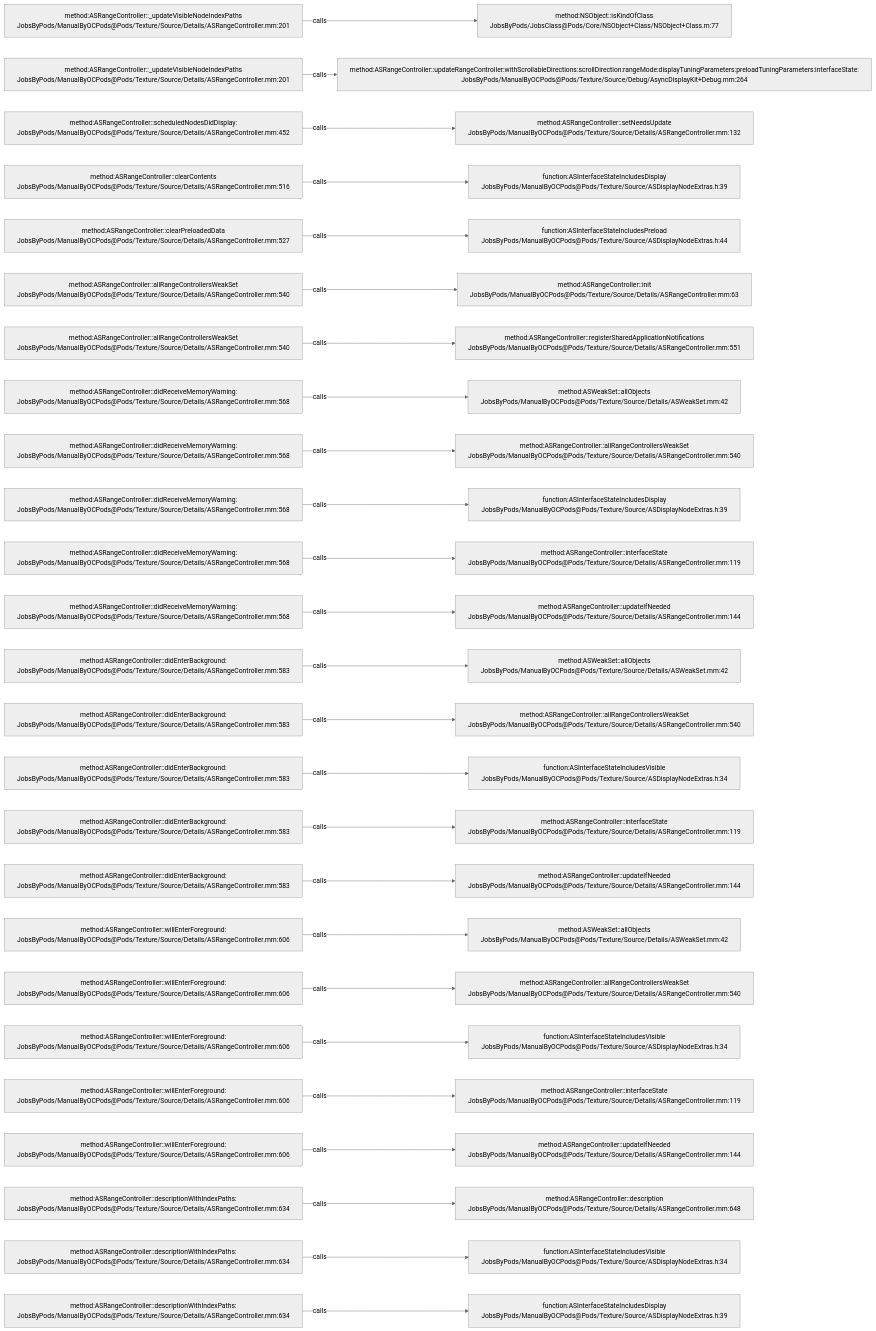
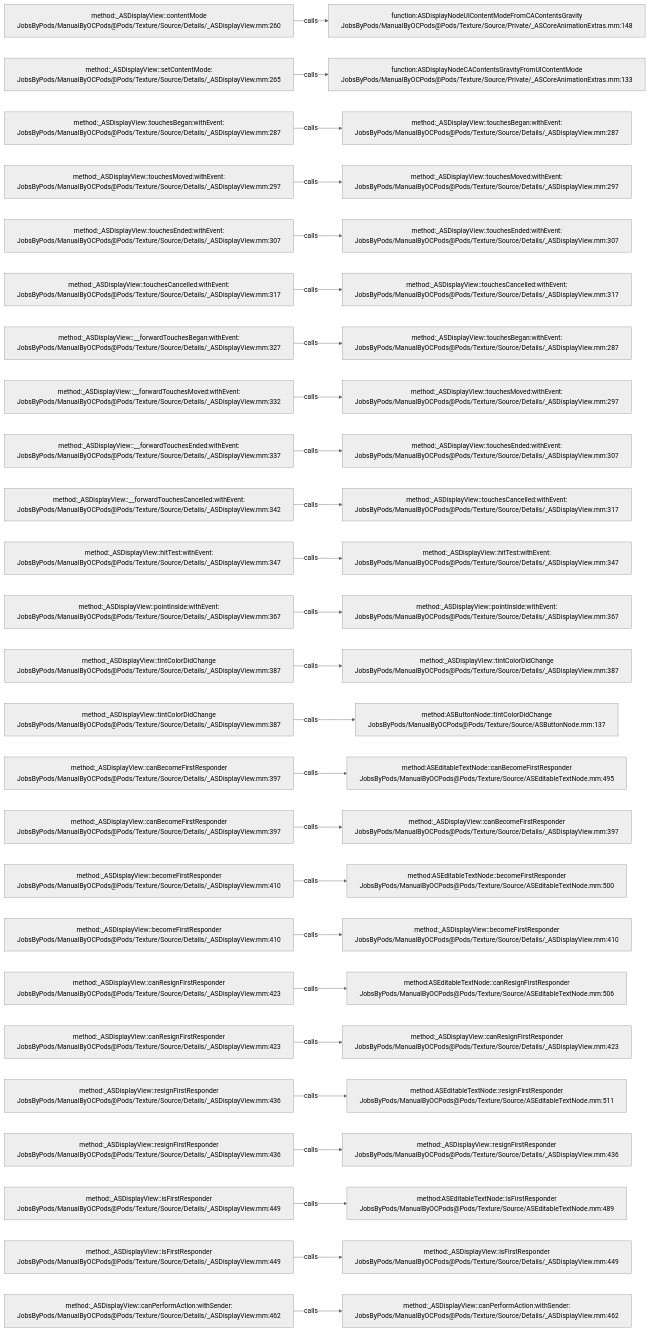
One commit to JobsKits/JobsOCBaseConfigDemo changed the diagram in .codegraph/codegraph.md/graphs/calls-156.md. Above: the diagram before and after it, drawn with Mermaid (neutral theme). The commit also changed 2723 other files, not shown here.

````diff
--- a/.codegraph/codegraph.md/graphs/calls-156.md
+++ b/.codegraph/codegraph.md/graphs/calls-156.md
@@ -13,78 +13,78 @@
 ```mermaid
 flowchart LR
-  S1["method:ASRangeController::_updateVisibleNodeIndexPaths<br/>JobsByPods/ManualByOCPods@Pods/Texture/Source/Details/ASRangeController.mm:201"]
-  T1["method:NSObject::isKindOfClass<br/>JobsByPods/JobsClass@Pods/Core/NSObject+Class/NSObject+Class.m:77"]
+  S1["method:_ASDisplayView::contentMode<br/>JobsByPods/ManualByOCPods@Pods/Texture/Source/Details/_ASDisplayView.mm:260"]
+  T1["function:ASDisplayNodeUIContentModeFromCAContentsGravity<br/>JobsByPods/ManualByOCPods@Pods/Texture/Source/Private/_ASCoreAnimationExtras.mm:148"]
   S1 -->|calls| T1
-  S2["method:ASRangeController::_updateVisibleNodeIndexPaths<br/>JobsByPods/ManualByOCPods@Pods/Texture/Source/Details/ASRangeController.mm:201"]
-  T2["method:ASRangeController::updateRangeController:withScrollableDirections:scrollDirection:rangeMode:displayTuningParameters:preloadTuningParameters:interfaceState:<br/>JobsByPods/ManualByOCPods@Pods/Texture/Source/Debug/AsyncDisplayKit+Debug.mm:264"]
+  S2["method:_ASDisplayView::setContentMode:<br/>JobsByPods/ManualByOCPods@Pods/Texture/Source/Details/_ASDisplayView.mm:265"]
+  T2["function:ASDisplayNodeCAContentsGravityFromUIContentMode<br/>JobsByPods/ManualByOCPods@Pods/Texture/Source/Private/_ASCoreAnimationExtras.mm:133"]
   S2 -->|calls| T2
-  S3["method:ASRangeController::scheduledNodesDidDisplay:<br/>JobsByPods/ManualByOCPods@Pods/Texture/Source/Details/ASRangeController.mm:452"]
-  T3["method:ASRangeController::setNeedsUpdate<br/>JobsByPods/ManualByOCPods@Pods/Texture/Source/Details/ASRangeController.mm:132"]
+  S3["method:_ASDisplayView::touchesBegan:withEvent:<br/>JobsByPods/ManualByOCPods@Pods/Texture/Source/Details/_ASDisplayView.mm:287"]
+  T3["method:_ASDisplayView::touchesBegan:withEvent:<br/>JobsByPods/ManualByOCPods@Pods/Texture/Source/Details/_ASDisplayView.mm:287"]
   S3 -->|calls| T3
-  S4["method:ASRangeController::clearContents<br/>JobsByPods/ManualByOCPods@Pods/Texture/Source/Details/ASRangeController.mm:516"]
-  T4["function:ASInterfaceStateIncludesDisplay<br/>JobsByPods/ManualByOCPods@Pods/Texture/Source/ASDisplayNodeExtras.h:39"]
+  S4["method:_ASDisplayView::touchesMoved:withEvent:<br/>JobsByPods/ManualByOCPods@Pods/Texture/Source/Details/_ASDisplayView.mm:297"]
+  T4["method:_ASDisplayView::touchesMoved:withEvent:<br/>JobsByPods/ManualByOCPods@Pods/Texture/Source/Details/_ASDisplayView.mm:297"]
   S4 -->|calls| T4
-  S5["method:ASRangeController::clearPreloadedData<br/>JobsByPods/ManualByOCPods@Pods/Texture/Source/Details/ASRangeController.mm:527"]
-  T5["function:ASInterfaceStateIncludesPreload<br/>JobsByPods/ManualByOCPods@Pods/Texture/Source/ASDisplayNodeExtras.h:44"]
+  S5["method:_ASDisplayView::touchesEnded:withEvent:<br/>JobsByPods/ManualByOCPods@Pods/Texture/Source/Details/_ASDisplayView.mm:307"]
+  T5["method:_ASDisplayView::touchesEnded:withEvent:<br/>JobsByPods/ManualByOCPods@Pods/Texture/Source/Details/_ASDisplayView.mm:307"]
   S5 -->|calls| T5
-  S6["method:ASRangeController::allRangeControllersWeakSet<br/>JobsByPods/ManualByOCPods@Pods/Texture/Source/Details/ASRangeController.mm:540"]
-  T6["method:ASRangeController::init<br/>JobsByPods/ManualByOCPods@Pods/Texture/Source/Details/ASRangeController.mm:63"]
+  S6["method:_ASDisplayView::touchesCancelled:withEvent:<br/>JobsByPods/ManualByOCPods@Pods/Texture/Source/Details/_ASDisplayView.mm:317"]
+  T6["method:_ASDisplayView::touchesCancelled:withEvent:<br/>JobsByPods/ManualByOCPods@Pods/Texture/Source/Details/_ASDisplayView.mm:317"]
   S6 -->|calls| T6
-  S7["method:ASRangeController::allRangeControllersWeakSet<br/>JobsByPods/ManualByOCPods@Pods/Texture/Source/Details/ASRangeController.mm:540"]
-  T7["method:ASRangeController::registerSharedApplicationNotifications<br/>JobsByPods/ManualByOCPods@Pods/Texture/Source/Details/ASRangeController.mm:551"]
+  S7["method:_ASDisplayView::__forwardTouchesBegan:withEvent:<br/>JobsByPods/ManualByOCPods@Pods/Texture/Source/Details/_ASDisplayView.mm:327"]
+  T7["method:_ASDisplayView::touchesBegan:withEvent:<br/>JobsByPods/ManualByOCPods@Pods/Texture/Source/Details/_ASDisplayView.mm:287"]
   S7 -->|calls| T7
-  S8["method:ASRangeController::didReceiveMemoryWarning:<br/>JobsByPods/ManualByOCPods@Pods/Texture/Source/Details/ASRangeController.mm:568"]
-  T8["method:ASWeakSet::allObjects<br/>JobsByPods/ManualByOCPods@Pods/Texture/Source/Details/ASWeakSet.mm:42"]
+  S8["method:_ASDisplayView::__forwardTouchesMoved:withEvent:<br/>JobsByPods/ManualByOCPods@Pods/Texture/Source/Details/_ASDisplayView.mm:332"]
+  T8["method:_ASDisplayView::touchesMoved:withEvent:<br/>JobsByPods/ManualByOCPods@Pods/Texture/Source/Details/_ASDisplayView.mm:297"]
   S8 -->|calls| T8
-  S9["method:ASRangeController::didReceiveMemoryWarning:<br/>JobsByPods/ManualByOCPods@Pods/Texture/Source/Details/ASRangeController.mm:568"]
-  T9["method:ASRangeController::allRangeControllersWeakSet<br/>JobsByPods/ManualByOCPods@Pods/Texture/Source/Details/ASRangeController.mm:540"]
+  S9["method:_ASDisplayView::__forwardTouchesEnded:withEvent:<br/>JobsByPods/ManualByOCPods@Pods/Texture/Source/Details/_ASDisplayView.mm:337"]
+  T9["method:_ASDisplayView::touchesEnded:withEvent:<br/>JobsByPods/ManualByOCPods@Pods/Texture/Source/Details/_ASDisplayView.mm:307"]
   S9 -->|calls| T9
-  S10["method:ASRangeController::didReceiveMemoryWarning:<br/>JobsByPods/ManualByOCPods@Pods/Texture/Source/Details/ASRangeController.mm:568"]
-  T10["function:ASInterfaceStateIncludesDisplay<br/>JobsByPods/ManualByOCPods@Pods/Texture/Source/ASDisplayNodeExtras.h:39"]
+  S10["method:_ASDisplayView::__forwardTouchesCancelled:withEvent:<br/>JobsByPods/ManualByOCPods@Pods/Texture/Source/Details/_ASDisplayView.mm:342"]
+  T10["method:_ASDisplayView::touchesCancelled:withEvent:<br/>JobsByPods/ManualByOCPods@Pods/Texture/Source/Details/_ASDisplayView.mm:317"]
   S10 -->|calls| T10
-  S11["method:ASRangeController::didReceiveMemoryWarning:<br/>JobsByPods/ManualByOCPods@Pods/Texture/Source/Details/ASRangeController.mm:568"]
-  T11["method:ASRangeController::interfaceState<br/>JobsByPods/ManualByOCPods@Pods/Texture/Source/Details/ASRangeController.mm:119"]
+  S11["method:_ASDisplayView::hitTest:withEvent:<br/>JobsByPods/ManualByOCPods@Pods/Texture/Source/Details/_ASDisplayView.mm:347"]
+  T11["method:_ASDisplayView::hitTest:withEvent:<br/>JobsByPods/ManualByOCPods@Pods/Texture/Source/Details/_ASDisplayView.mm:347"]
   S11 -->|calls| T11
-  S12["method:ASRangeController::didReceiveMemoryWarning:<br/>JobsByPods/ManualByOCPods@Pods/Texture/Source/Details/ASRangeController.mm:568"]
-  T12["method:ASRangeController::updateIfNeeded<br/>JobsByPods/ManualByOCPods@Pods/Texture/Source/Details/ASRangeController.mm:144"]
+  S12["method:_ASDisplayView::pointInside:withEvent:<br/>JobsByPods/ManualByOCPods@Pods/Texture/Source/Details/_ASDisplayView.mm:367"]
+  T12["method:_ASDisplayView::pointInside:withEvent:<br/>JobsByPods/ManualByOCPods@Pods/Texture/Source/Details/_ASDisplayView.mm:367"]
   S12 -->|calls| T12
-  S13["method:ASRangeController::didEnterBackground:<br/>JobsByPods/ManualByOCPods@Pods/Texture/Source/Details/ASRangeController.mm:583"]
-  T13["method:ASWeakSet::allObjects<br/>JobsByPods/ManualByOCPods@Pods/Texture/Source/Details/ASWeakSet.mm:42"]
+  S13["method:_ASDisplayView::tintColorDidChange<br/>JobsByPods/ManualByOCPods@Pods/Texture/Source/Details/_ASDisplayView.mm:387"]
+  T13["method:_ASDisplayView::tintColorDidChange<br/>JobsByPods/ManualByOCPods@Pods/Texture/Source/Details/_ASDisplayView.mm:387"]
   S13 -->|calls| T13
-  S14["method:ASRangeController::didEnterBackground:<br/>JobsByPods/ManualByOCPods@Pods/Texture/Source/Details/ASRangeController.mm:583"]
-  T14["method:ASRangeController::allRangeControllersWeakSet<br/>JobsByPods/ManualByOCPods@Pods/Texture/Source/Details/ASRangeController.mm:540"]
+  S14["method:_ASDisplayView::tintColorDidChange<br/>JobsByPods/ManualByOCPods@Pods/Texture/Source/Details/_ASDisplayView.mm:387"]
+  T14["method:ASButtonNode::tintColorDidChange<br/>JobsByPods/ManualByOCPods@Pods/Texture/Source/ASButtonNode.mm:137"]
   S14 -->|calls| T14
-  S15["method:ASRangeController::didEnterBackground:<br/>JobsByPods/ManualByOCPods@Pods/Texture/Source/Details/ASRangeController.mm:583"]
-  T15["function:ASInterfaceStateIncludesVisible<br/>JobsByPods/ManualByOCPods@Pods/Texture/Source/ASDisplayNodeExtras.h:34"]
+  S15["method:_ASDisplayView::canBecomeFirstResponder<br/>JobsByPods/ManualByOCPods@Pods/Texture/Source/Details/_ASDisplayView.mm:397"]
+  T15["method:ASEditableTextNode::canBecomeFirstResponder<br/>JobsByPods/ManualByOCPods@Pods/Texture/Source/ASEditableTextNode.mm:495"]
   S15 -->|calls| T15
-  S16["method:ASRangeController::didEnterBackground:<br/>JobsByPods/ManualByOCPods@Pods/Texture/Source/Details/ASRangeController.mm:583"]
-  T16["method:ASRangeController::interfaceState<br/>JobsByPods/ManualByOCPods@Pods/Texture/Source/Details/ASRangeController.mm:119"]
+  S16["method:_ASDisplayView::canBecomeFirstResponder<br/>JobsByPods/ManualByOCPods@Pods/Texture/Source/Details/_ASDisplayView.mm:397"]
+  T16["method:_ASDisplayView::canBecomeFirstResponder<br/>JobsByPods/ManualByOCPods@Pods/Texture/Source/Details/_ASDisplayView.mm:397"]
   S16 -->|calls| T16
-  S17["method:ASRangeController::didEnterBackground:<br/>JobsByPods/ManualByOCPods@Pods/Texture/Source/Details/ASRangeController.mm:583"]
-  T17["method:ASRangeController::updateIfNeeded<br/>JobsByPods/ManualByOCPods@Pods/Texture/Source/Details/ASRangeController.mm:144"]
+  S17["method:_ASDisplayView::becomeFirstResponder<br/>JobsByPods/ManualByOCPods@Pods/Texture/Source/Details/_ASDisplayView.mm:410"]
+  T17["method:ASEditableTextNode::becomeFirstResponder<br/>JobsByPods/ManualByOCPods@Pods/Texture/Source/ASEditableTextNode.mm:500"]
   S17 -->|calls| T17
-  S18["method:ASRangeController::willEnterForeground:<br/>JobsByPods/ManualByOCPods@Pods/Texture/Source/Details/ASRangeController.mm:606"]
-  T18["method:ASWeakSet::allObjects<br/>JobsByPods/ManualByOCPods@Pods/Texture/Source/Details/ASWeakSet.mm:42"]
+  S18["method:_ASDisplayView::becomeFirstResponder<br/>JobsByPods/ManualByOCPods@Pods/Texture/Source/Details/_ASDisplayView.mm:410"]
+  T18["method:_ASDisplayView::becomeFirstResponder<br/>JobsByPods/ManualByOCPods@Pods/Texture/Source/Details/_ASDisplayView.mm:410"]
   S18 -->|calls| T18
-  S19["method:ASRangeController::willEnterForeground:<br/>JobsByPods/ManualByOCPods@Pods/Texture/Source/Details/ASRangeController.mm:606"]
-  T19["method:ASRangeController::allRangeControllersWeakSet<br/>JobsByPods/ManualByOCPods@Pods/Texture/Source/Details/ASRangeController.mm:540"]
+  S19["method:_ASDisplayView::canResignFirstResponder<br/>JobsByPods/ManualByOCPods@Pods/Texture/Source/Details/_ASDisplayView.mm:423"]
+  T19["method:ASEditableTextNode::canResignFirstResponder<br/>JobsByPods/ManualByOCPods@Pods/Texture/Source/ASEditableTextNode.mm:506"]
   S19 -->|calls| T19
-  S20["method:ASRangeController::willEnterForeground:<br/>JobsByPods/ManualByOCPods@Pods/Texture/Source/Details/ASRangeController.mm:606"]
-  T20["function:ASInterfaceStateIncludesVisible<br/>JobsByPods/ManualByOCPods@Pods/Texture/Source/ASDisplayNodeExtras.h:34"]
+  S20["method:_ASDisplayView::canResignFirstResponder<br/>JobsByPods/ManualByOCPods@Pods/Texture/Source/Details/_ASDisplayView.mm:423"]
+  T20["method:_ASDisplayView::canResignFirstResponder<br/>JobsByPods/ManualByOCPods@Pods/Texture/Source/Details/_ASDisplayView.mm:423"]
   S20 -->|calls| T20
-  S21["method:ASRangeController::willEnterForeground:<br/>JobsByPods/ManualByOCPods@Pods/Texture/Source/Details/ASRangeController.mm:606"]
-  T21["method:ASRangeController::interfaceState<br/>JobsByPods/ManualByOCPods@Pods/Texture/Source/Details/ASRangeController.mm:119"]
+  S21["method:_ASDisplayView::resignFirstResponder<br/>JobsByPods/ManualByOCPods@Pods/Texture/Source/Details/_ASDisplayView.mm:436"]
+  T21["method:ASEditableTextNode::resignFirstResponder<br/>JobsByPods/ManualByOCPods@Pods/Texture/Source/ASEditableTextNode.mm:511"]
   S21 -->|calls| T21
-  S22["method:ASRangeController::willEnterForeground:<br/>JobsByPods/ManualByOCPods@Pods/Texture/Source/Details/ASRangeController.mm:606"]
-  T22["method:ASRangeController::updateIfNeeded<br/>JobsByPods/ManualByOCPods@Pods/Texture/Source/Details/ASRangeController.mm:144"]
+  S22["method:_ASDisplayView::resignFirstResponder<br/>JobsByPods/ManualByOCPods@Pods/Texture/Source/Details/_ASDisplayView.mm:436"]
+  T22["method:_ASDisplayView::resignFirstResponder<br/>JobsByPods/ManualByOCPods@Pods/Texture/Source/Details/_ASDisplayView.mm:436"]
   S22 -->|calls| T22
-  S23["method:ASRangeController::descriptionWithIndexPaths:<br/>JobsByPods/ManualByOCPods@Pods/Texture/Source/Details/ASRangeController.mm:634"]
-  T23["method:ASRangeController::description<br/>JobsByPods/ManualByOCPods@Pods/Texture/Source/Details/ASRangeController.mm:648"]
+  S23["method:_ASDisplayView::isFirstResponder<br/>JobsByPods/ManualByOCPods@Pods/Texture/Source/Details/_ASDisplayView.mm:449"]
+  T23["method:ASEditableTextNode::isFirstResponder<br/>JobsByPods/ManualByOCPods@Pods/Texture/Source/ASEditableTextNode.mm:489"]
   S23 -->|calls| T23
-  S24["method:ASRangeController::descriptionWithIndexPaths:<br/>JobsByPods/ManualByOCPods@Pods/Texture/Source/Details/ASRangeController.mm:634"]
-  T24["function:ASInterfaceStateIncludesVisible<br/>JobsByPods/ManualByOCPods@Pods/Texture/Source/ASDisplayNodeExtras.h:34"]
+  S24["method:_ASDisplayView::isFirstResponder<br/>JobsByPods/ManualByOCPods@Pods/Texture/Source/Details/_ASDisplayView.mm:449"]
+  T24["method:_ASDisplayView::isFirstResponder<br/>JobsByPods/ManualByOCPods@Pods/Texture/Source/Details/_ASDisplayView.mm:449"]
   S24 -->|calls| T24
-  S25["method:ASRangeController::descriptionWithIndexPaths:<br/>JobsByPods/ManualByOCPods@Pods/Texture/Source/Details/ASRangeController.mm:634"]
-  T25["function:ASInterfaceStateIncludesDisplay<br/>JobsByPods/ManualByOCPods@Pods/Texture/Source/ASDisplayNodeExtras.h:39"]
+  S25["method:_ASDisplayView::canPerformAction:withSender:<br/>JobsByPods/ManualByOCPods@Pods/Texture/Source/Details/_ASDisplayView.mm:462"]
+  T25["method:_ASDisplayView::canPerformAction:withSender:<br/>JobsByPods/ManualByOCPods@Pods/Texture/Source/Details/_ASDisplayView.mm:462"]
   S25 -->|calls| T25
 ```
````
